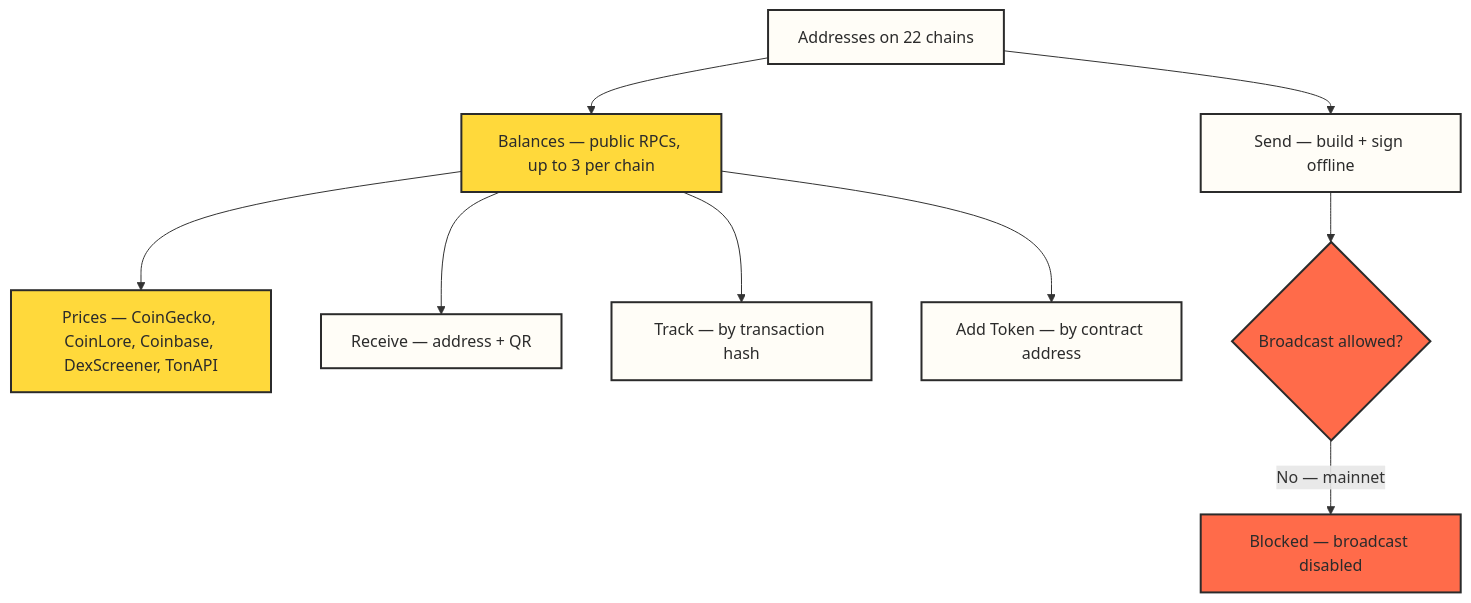
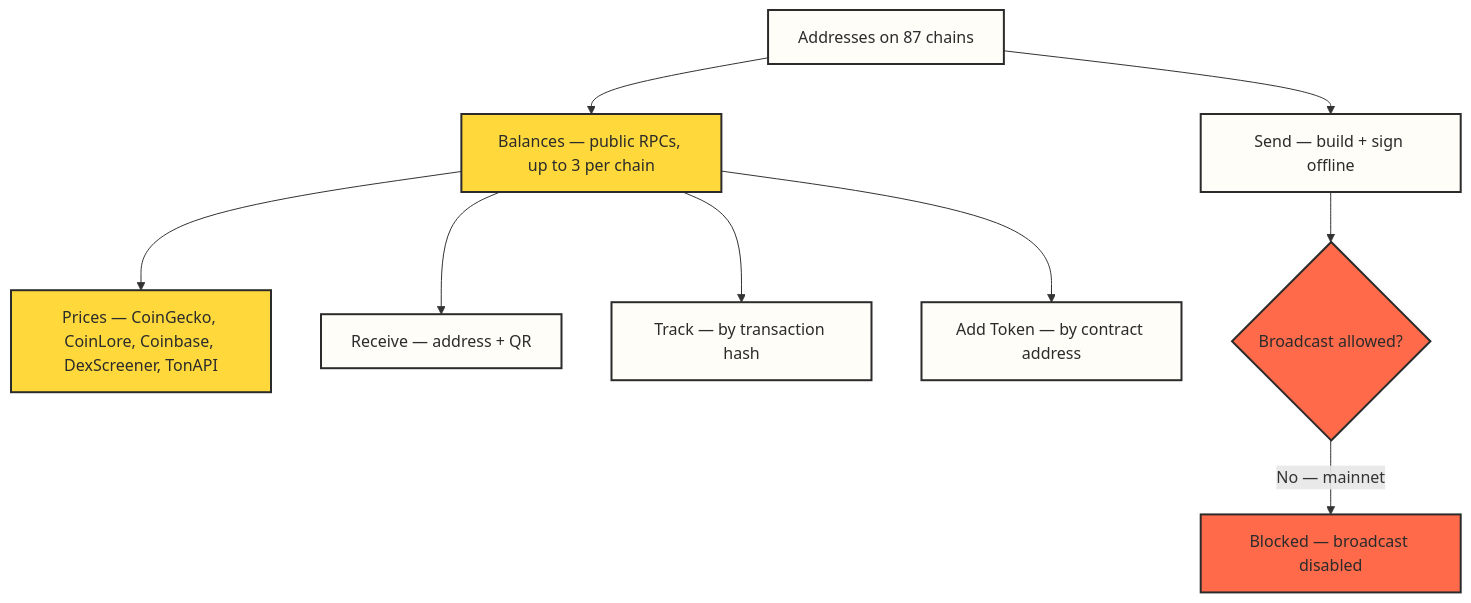
The third of 3 diagrams in docs/HOW-IT-WORKS.md (Pr3eve6ti2o/bawa), drawn with Mermaid before and after one commit. The commit also changed other lines of this file and 16 other files, not shown here.

````diff
--- a/docs/HOW-IT-WORKS.md
+++ b/docs/HOW-IT-WORKS.md
@@ -84,24 +86,24 @@
 ```mermaid
 flowchart TB
     accTitle: Balances, prices and flows
     accDescr: Addresses feed public RPC balances and cached prices; Receive, Track and Add Token read them, and Send stops at a disabled broadcast.
 
-    addrs2["Addresses on 22 chains"] --> balances["Balances — public RPCs, up to 3 per chain"]
+    addrs2["Addresses on 87 chains"] --> balances["Balances — public RPCs, up to 3 per chain"]
     balances --> prices["Prices — CoinGecko, CoinLore, Coinbase, DexScreener, TonAPI"]
     balances --> receive["Receive — address + QR"]
     balances --> track["Track — by transaction hash"]
     balances --> addtoken["Add Token — by contract address"]
     addrs2 --> send["Send — build + sign offline"]
     send --> guard{"Broadcast allowed?"}
     guard -->|No — mainnet| blocked["Blocked — broadcast disabled"]
 
     classDef guide fill:#FFFDF7,stroke:#2B2B2B,stroke-width:2px,color:#2B2B2B
     classDef sun fill:#FFD93B,stroke:#2B2B2B,stroke-width:2px,color:#2B2B2B
     classDef coral fill:#FF6B4A,stroke:#2B2B2B,stroke-width:2px,color:#2B2B2B
     classDef plain fill:#FFFDF7,stroke:#2B2B2B,stroke-width:2px,color:#2B2B2B
 
     class addrs2 guide
     class balances,prices sun
     class guard,blocked coral
     class receive,track,addtoken,send plain
 ```
````
